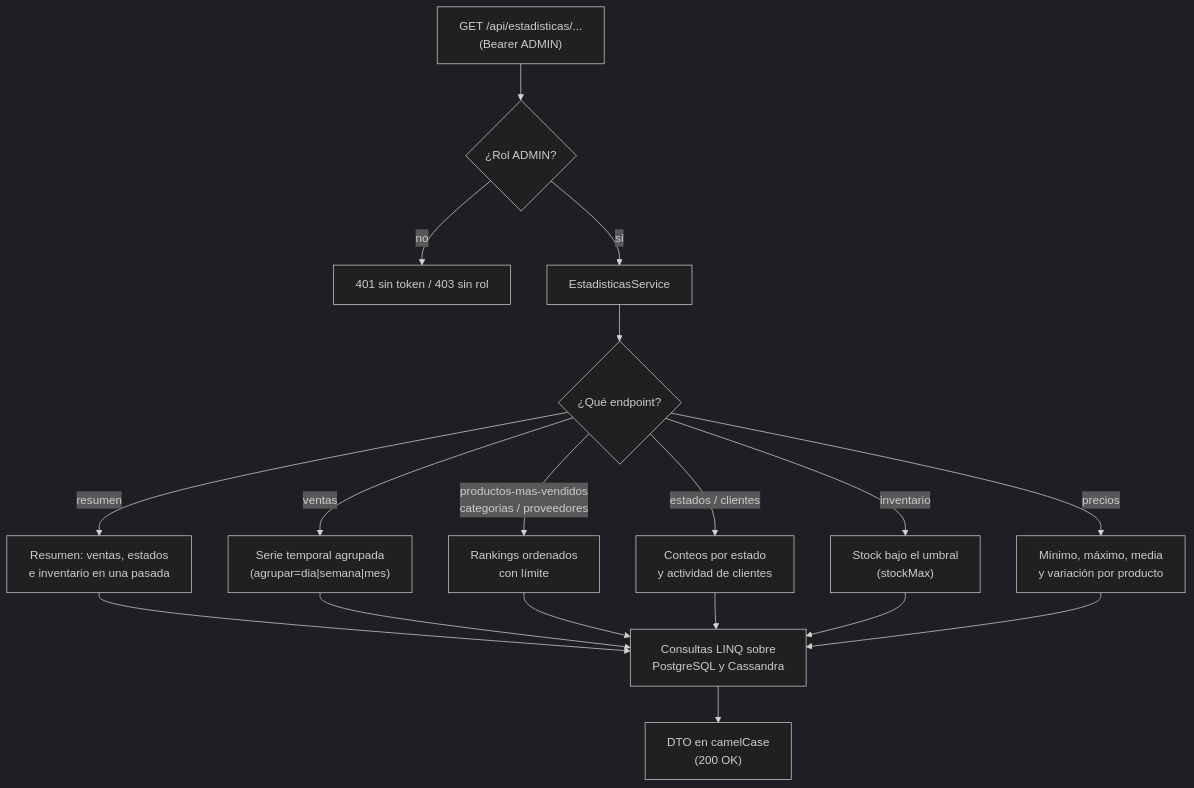
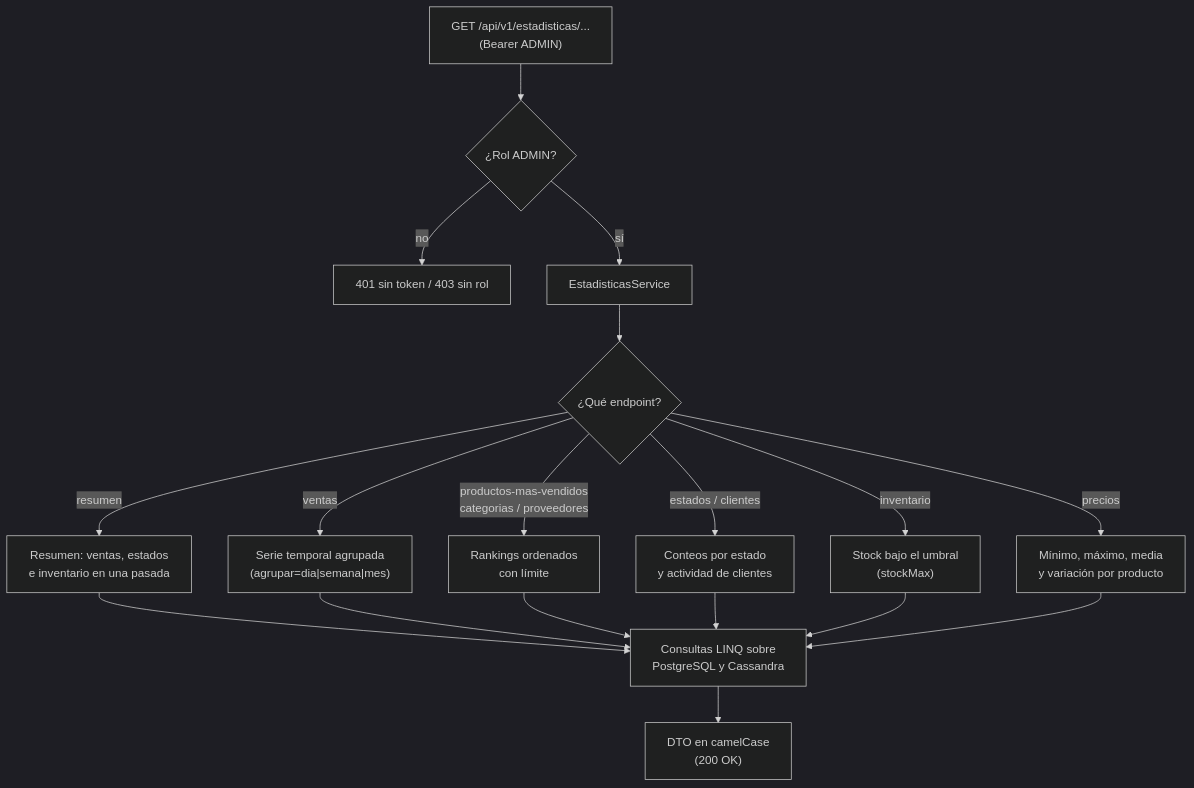
Before and after one commit to joseluisgs/TiendaDawApi-NetCore: the diagram in doc/31-estadisticas.md, drawn with Mermaid (dark theme). The commit also changed other lines of this file and 237 other files, not shown here.

````diff
--- a/doc/31-estadisticas.md
+++ b/doc/31-estadisticas.md
@@ -35,20 +35,20 @@
 ```mermaid
 flowchart TD
-    A["GET /api/estadisticas/...<br/>(Bearer ADMIN)"] --> B{¿Rol ADMIN?}
+    A["GET /api/v1/estadisticas/...<br/>(Bearer ADMIN)"] --> B{¿Rol ADMIN?}
     B -->|no| C[401 sin token / 403 sin rol]
     B -->|sí| D[EstadisticasService]
     D --> E{¿Qué endpoint?}
     E -->|resumen| F["Resumen: ventas, estados<br/>e inventario en una pasada"]
     E -->|ventas| G["Serie temporal agrupada<br/>(agrupar=dia|semana|mes)"]
     E -->|productos-mas-vendidos<br/>categorias / proveedores| H["Rankings ordenados<br/>con límite"]
     E -->|estados / clientes| I["Conteos por estado<br/>y actividad de clientes"]
     E -->|inventario| J["Stock bajo el umbral<br/>(stockMax)"]
     E -->|precios| K["Mínimo, máximo, media<br/>y variación por producto"]
     F --> L["Consultas LINQ sobre<br/>PostgreSQL y Cassandra"]
     G --> L
     H --> L
     I --> L
     J --> L
     K --> L
     L --> M["DTO en camelCase<br/>(200 OK)"]
 ```
````
